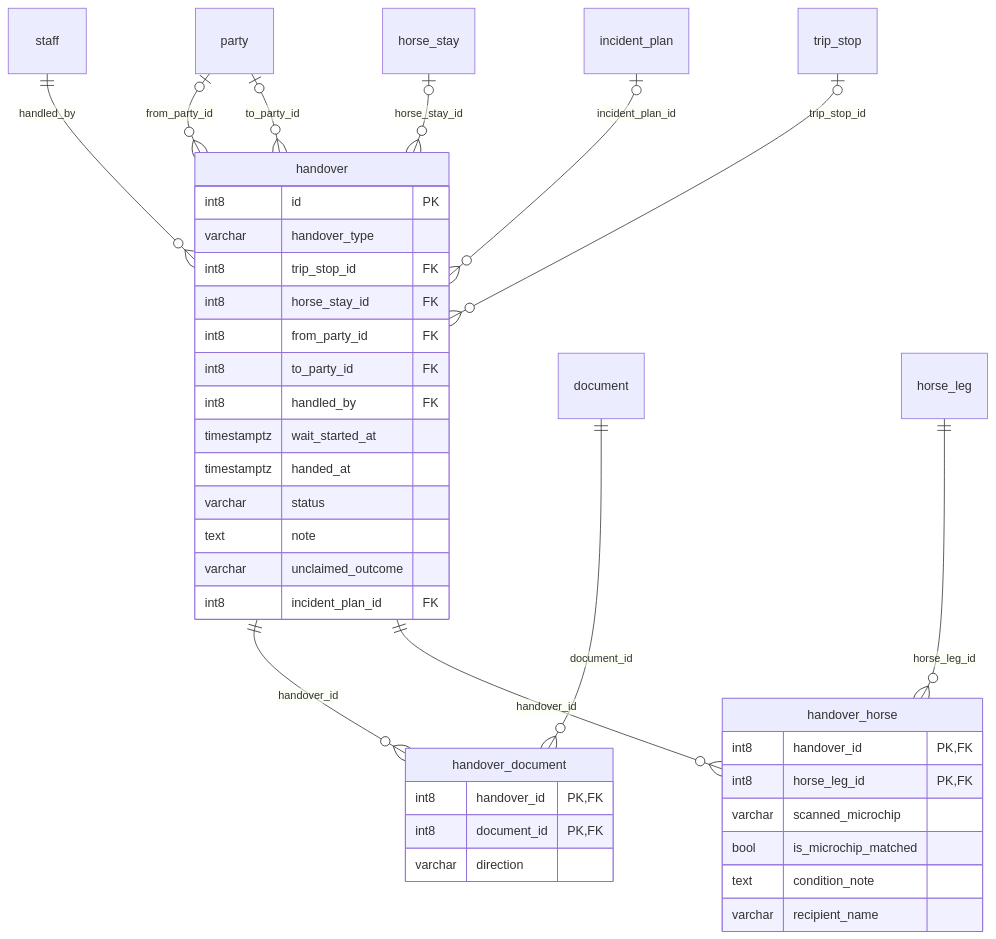
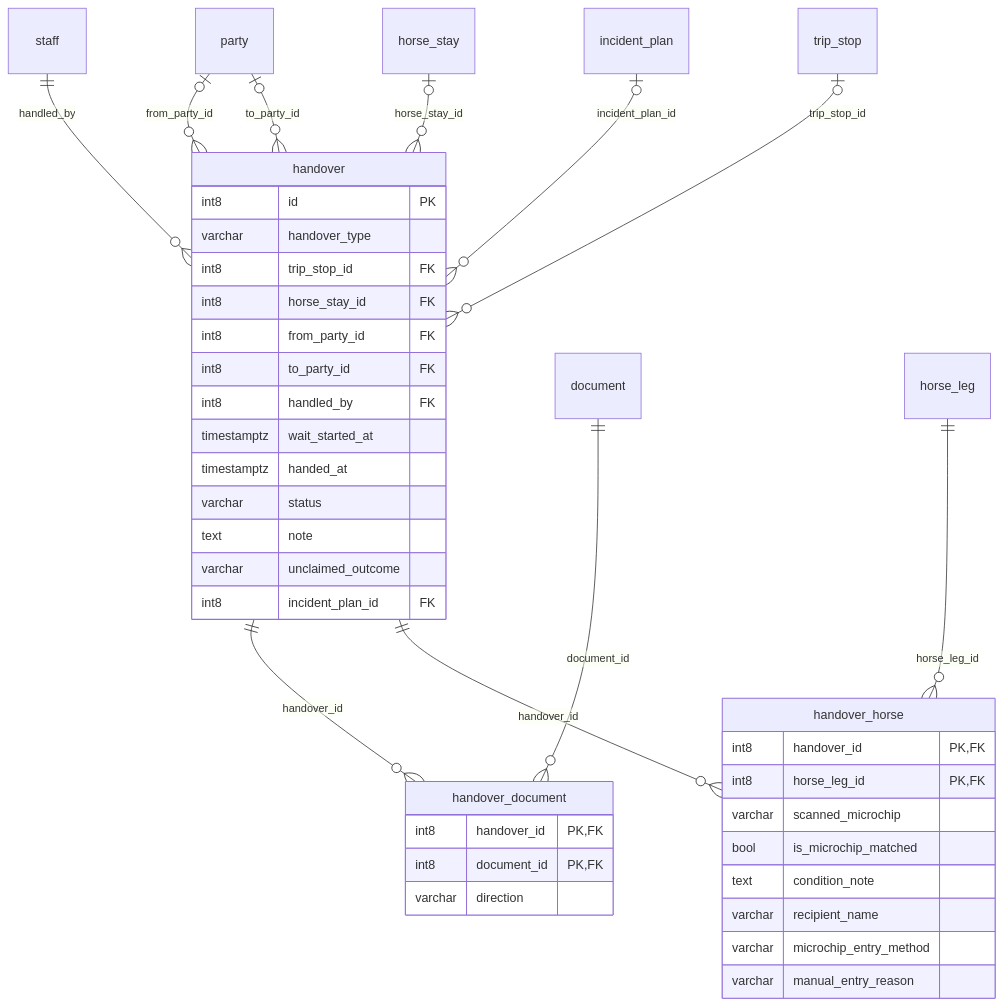
One commit to hankfwr23r2/SWP_RHT changed the tenth of 15 diagrams in docs/database/ERD.md. Above: the diagram before and after it, drawn with Mermaid. The commit also changed other lines of this file and 3 other files, not shown here.

Commit message:
feat(departure): sinh lại hợp đồng API và ERD 64 bảng, kiểu gợi ý đổi chuyến có nhãn chỗ (M2)

````diff
--- a/docs/database/ERD.md
+++ b/docs/database/ERD.md
@@ -687,41 +706,43 @@
 ```mermaid
 erDiagram
     handover {
         int8 id PK
         varchar handover_type
         int8 trip_stop_id FK
         int8 horse_stay_id FK
         int8 from_party_id FK
         int8 to_party_id FK
         int8 handled_by FK
         timestamptz wait_started_at
         timestamptz handed_at
         varchar status
         text note
         varchar unclaimed_outcome
         int8 incident_plan_id FK
     }
     handover_horse {
         int8 handover_id PK, FK
         int8 horse_leg_id PK, FK
         varchar scanned_microchip
         bool is_microchip_matched
         text condition_note
         varchar recipient_name
+        varchar microchip_entry_method
+        varchar manual_entry_reason
     }
     handover_document {
         int8 handover_id PK, FK
         int8 document_id PK, FK
         varchar direction
     }
     party |o--o{ handover : "from_party_id"
     staff ||--o{ handover : "handled_by"
     horse_stay |o--o{ handover : "horse_stay_id"
     incident_plan |o--o{ handover : "incident_plan_id"
     party |o--o{ handover : "to_party_id"
     trip_stop |o--o{ handover : "trip_stop_id"
     document ||--o{ handover_document : "document_id"
     handover ||--o{ handover_document : "handover_id"
     handover ||--o{ handover_horse : "handover_id"
     horse_leg ||--o{ handover_horse : "horse_leg_id"
 ```
````
